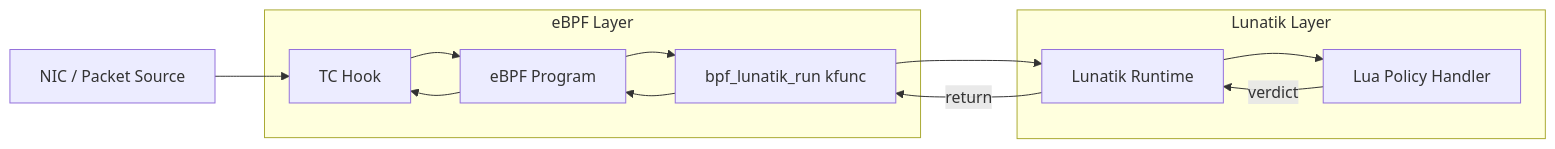
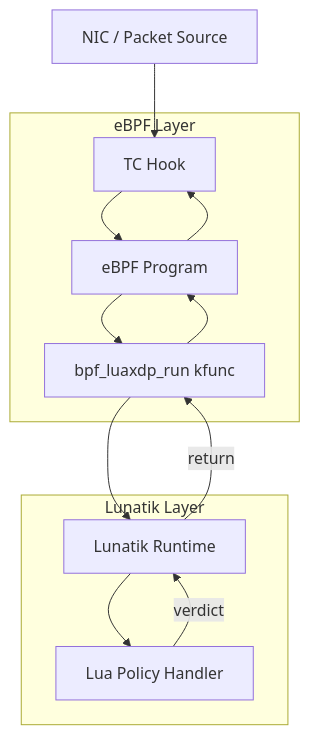
The diagram in lunatik-eBPF-tech-doc.md (sneaky-potato/gsoc), drawn with Mermaid before and after one commit. The commit also changed other lines of this file and 2 other files, not shown here.

````diff
--- a/lunatik-eBPF-tech-doc.md
+++ b/lunatik-eBPF-tech-doc.md
@@ -53,27 +55,27 @@
 ```mermaid
-flowchart LR
+flowchart TD
 
     NIC[NIC / Packet Source]
 
     subgraph eBPF Layer
         TC[TC Hook]
         BPF[eBPF Program]
-        KFUNC[bpf_lunatik_run kfunc]
+        KFUNC[bpf_luaxdp_run kfunc]
     end
 
     subgraph Lunatik Layer
         LUNATIK[Lunatik Runtime]
         LUA[Lua Policy Handler]
     end
 
     NIC --> TC
     TC --> BPF
     BPF --> KFUNC
     KFUNC --> LUNATIK
     LUNATIK --> LUA
 
     LUA -->|verdict| LUNATIK
     LUNATIK -->|return| KFUNC
     KFUNC --> BPF
     BPF --> TC
 ```
````
